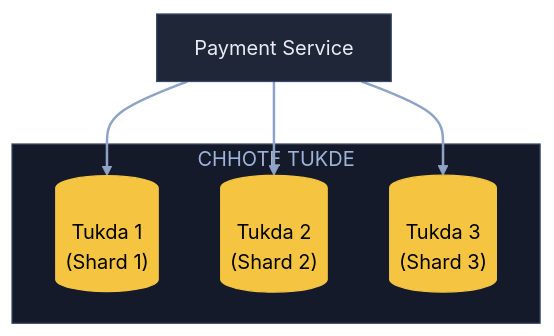
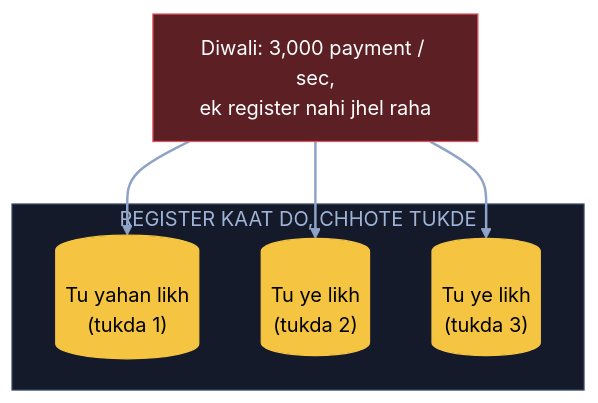
One commit to ArpanMaheshwari144/Prep changed the ninth of 11 diagrams in 04_HLD/SYSTEM_DESIGNS/06_payment_system/06_payment_system.md. Above: the diagram before and after it, drawn with Mermaid (base theme). The commit also changed other lines of this file, not shown here.

Commit message:
Payment: 11 diagram hand notes ke shabdon se, K4 heading 'fallback tareeka'

````diff
--- a/04_HLD/SYSTEM_DESIGNS/06_payment_system/06_payment_system.md
+++ b/04_HLD/SYSTEM_DESIGNS/06_payment_system/06_payment_system.md
@@ -262,18 +267,18 @@
 ```mermaid
 flowchart TB
-    S["Payment Service"]:::card
-    subgraph CT["CHHOTE TUKDE"]
-        T1[("Tukda 1<br/>(Shard 1)")]:::pill
-        T2[("Tukda 2<br/>(Shard 2)")]:::pill
-        T3[("Tukda 3<br/>(Shard 3)")]:::pill
+    X["Diwali: 3,000 payment / sec,<br/>ek register nahi jhel raha"]:::bad
+    subgraph KD["REGISTER KAAT DO, CHHOTE TUKDE"]
+        T1[("Tu yahan likh<br/>(tukda 1)")]:::pill
+        T2[("Tu ye likh<br/>(tukda 2)")]:::pill
+        T3[("Tu ye likh<br/>(tukda 3)")]:::pill
     end
-    S --> T1
-    S --> T2
-    S --> T3
+    X --> T1
+    X --> T2
+    X --> T3
     linkStyle default stroke:#8fa3c7,stroke-width:2px
     classDef card fill:#1e2638,stroke:#3a4a6b,color:#e8ecf5
     classDef pill fill:#f5c542,stroke:#f5c542,color:#000
     classDef good fill:#2e7d4f,stroke:#3fbf6f,color:#fff
     classDef bad fill:#5c1f24,stroke:#e05561,color:#fff
-    style CT fill:#141a29,stroke:#3a4a6b,color:#9fb3d9
+    style KD fill:#141a29,stroke:#3a4a6b,color:#9fb3d9
 ```
````
